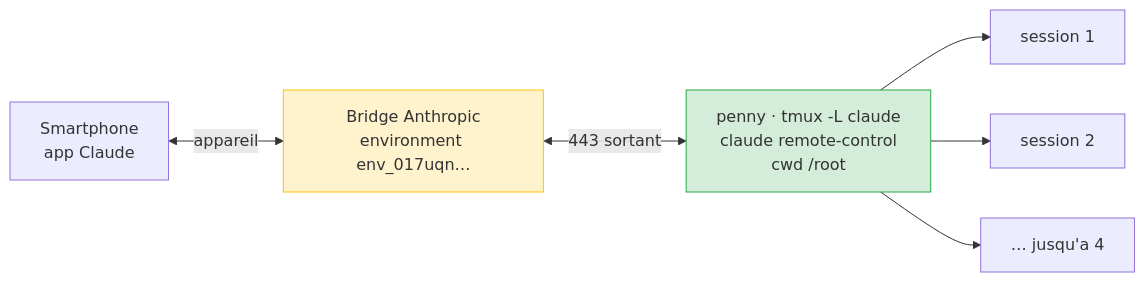
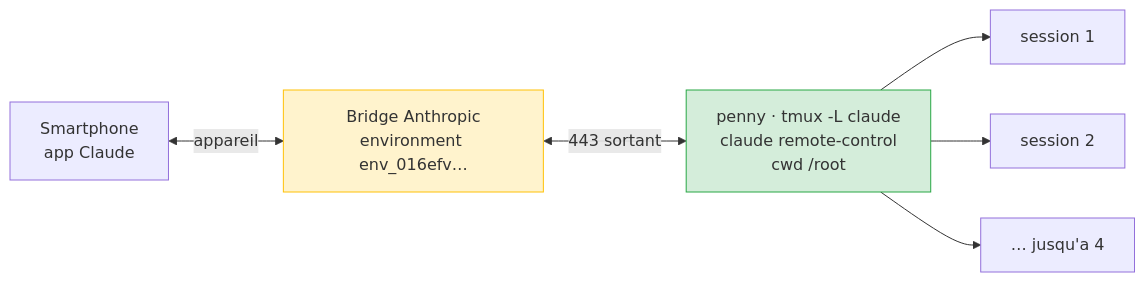
Before and after one commit to GabinSMD/homelab-doc: the diagram in docs/services/claude-remote.md, drawn with Mermaid. The commit also changed other lines of this file and 1 other file, not shown here.

````diff
--- a/docs/services/claude-remote.md
+++ b/docs/services/claude-remote.md
@@ -13,18 +13,18 @@
 ```mermaid
 flowchart LR
     S[Smartphone<br/>app Claude]
-    A[Bridge Anthropic<br/>environment env_017uqn…]
+    A[Bridge Anthropic<br/>environment env_016efv…]
     T[penny · tmux -L claude<br/>claude remote-control<br/>cwd /root]
     S1[session 1]
     S2[session 2]
     S3[… jusqu'a 4]
 
     S <-->|appareil| A
     A <-->|443 sortant| T
     T --> S1
     T --> S2
     T --> S3
 
     style T fill:#d4edda,stroke:#28a745
     style A fill:#fff3cd,stroke:#ffc107
 ```
````
